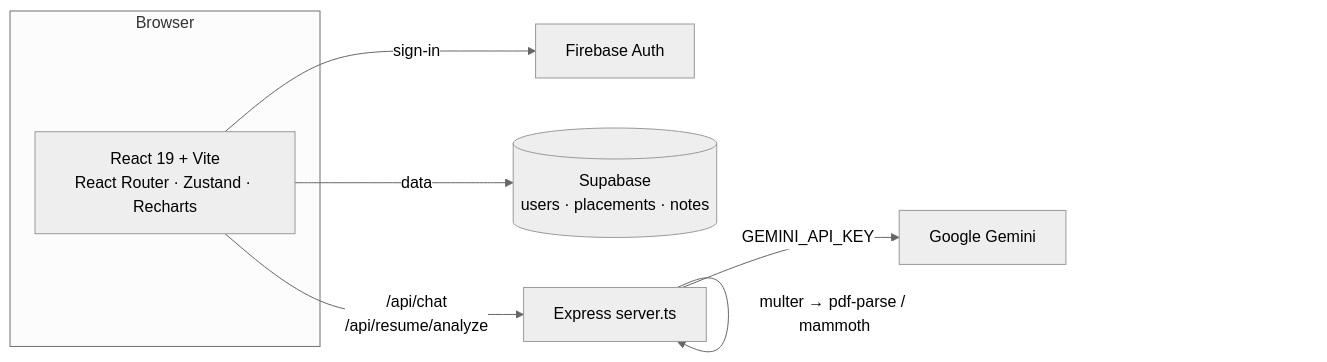
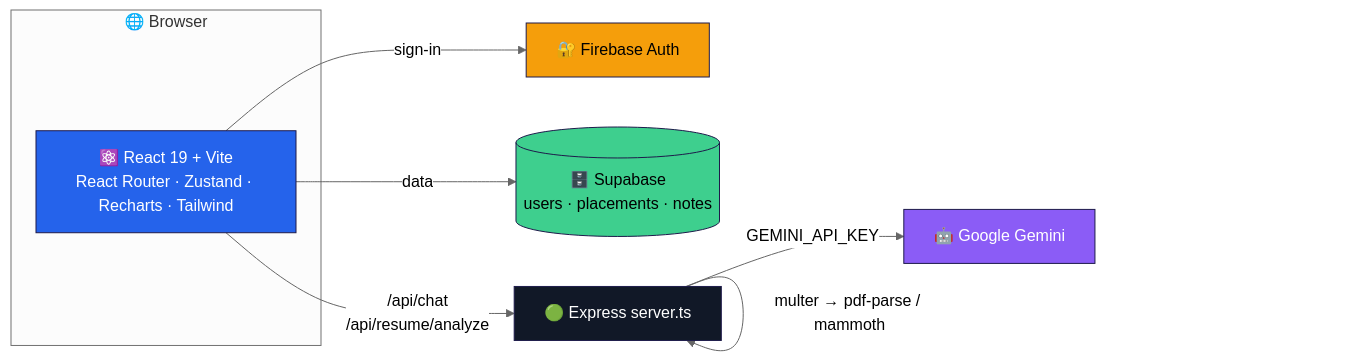
One commit to nvaltryek-001/EngineerOS-AI changed the second of 2 diagrams in README.md. Above: the diagram before and after it, drawn with Mermaid (neutral theme). The commit also changed other lines of this file and 4 other files, not shown here.

First line of the commit message:
docs: colourful README with demo video, animated walkthrough and diagrams

````diff
--- a/README.md
+++ b/README.md
@@ -34,11 +112,17 @@
 ```mermaid
 flowchart LR
-  subgraph Browser
-    UI[React 19 + Vite<br/>React Router · Zustand · Recharts]
-  end
-  UI -- sign-in --> FA[Firebase Auth]
-  UI -- data --> SB[(Supabase<br/>users · placements · notes)]
-  UI -- /api/chat<br/>/api/resume/analyze --> API[Express server.ts]
-  API -- multer → pdf-parse / mammoth --> API
-  API -- GEMINI_API_KEY --> G[Google Gemini]
+    subgraph Browser["🌐 Browser"]
+      UI["⚛️ React 19 + Vite<br/>React Router · Zustand · Recharts · Tailwind"]
+    end
+    UI -- "sign-in" --> FA["🔐 Firebase Auth"]
+    UI -- "data" --> SB[("🗄️ Supabase<br/>users · placements · notes")]
+    UI -- "/api/chat<br/>/api/resume/analyze" --> API["🟢 Express server.ts"]
+    API -- "multer → pdf-parse / mammoth" --> API
+    API -- "GEMINI_API_KEY" --> G["🤖 Google Gemini"]
+
+    style UI fill:#2563eb,color:#fff,stroke:#1e1b4b
+    style FA fill:#f59e0b,color:#000,stroke:#1e1b4b
+    style SB fill:#3ecf8e,color:#000,stroke:#1e1b4b
+    style API fill:#111827,color:#fff,stroke:#1e1b4b
+    style G fill:#8b5cf6,color:#fff,stroke:#1e1b4b
 ```
````
